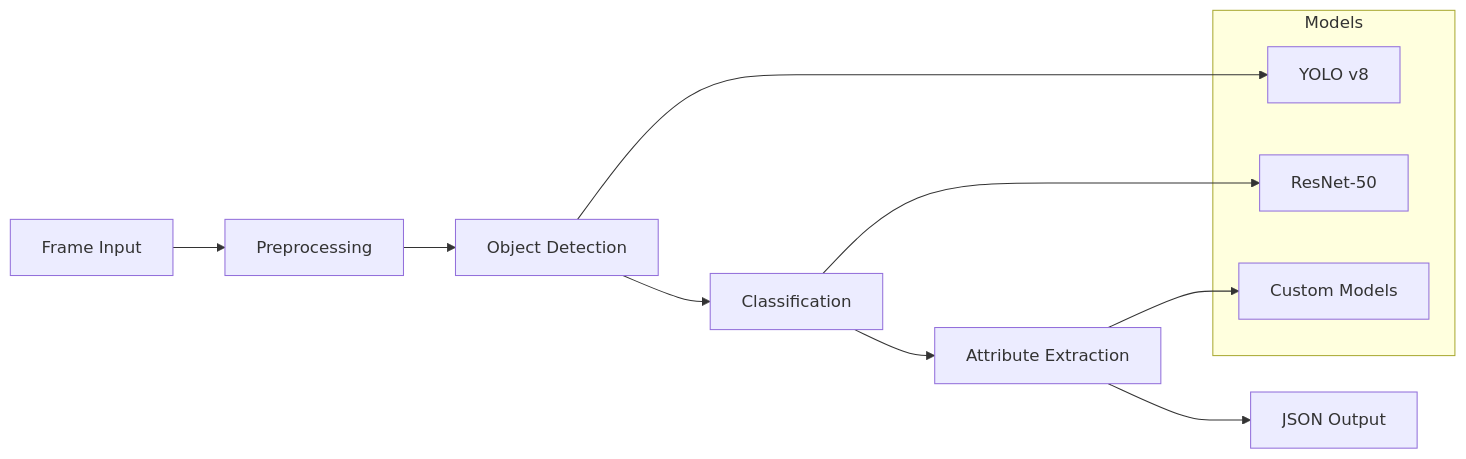
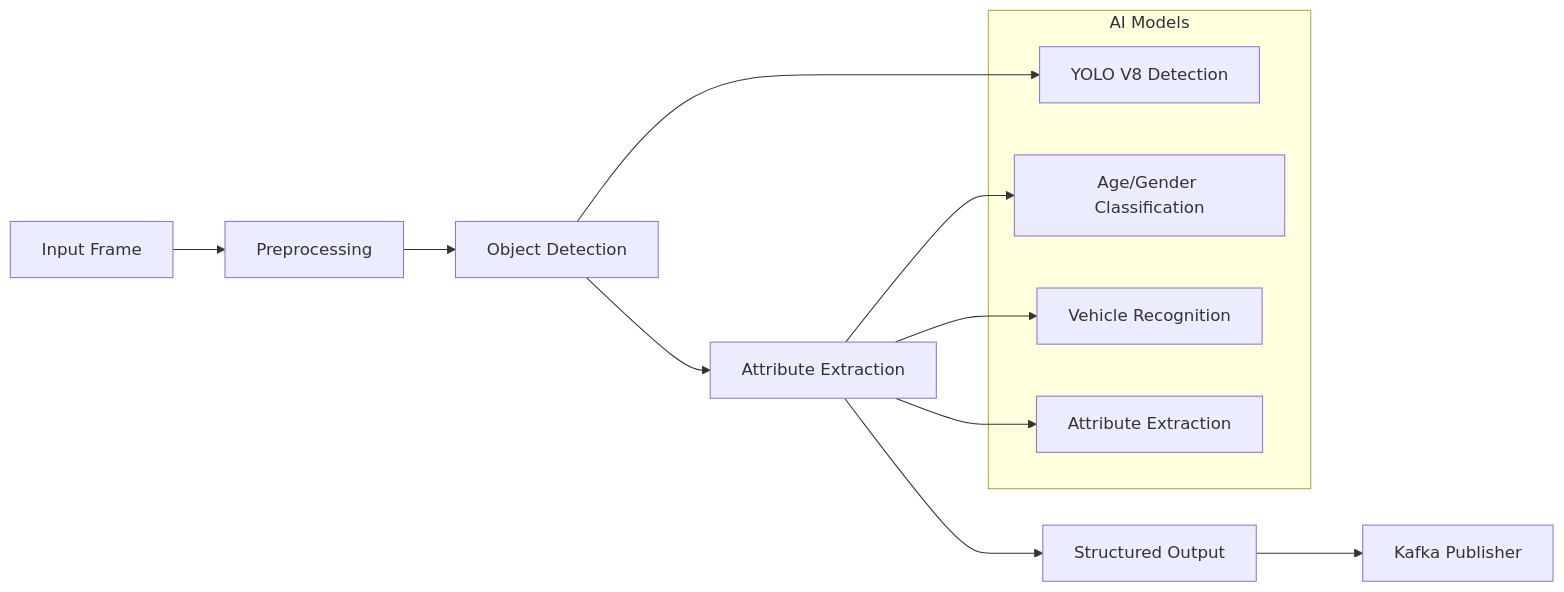
The second of 3 diagrams in source/_posts/Design-Video-Image-Structure-Analysis-Platform.md (shayne007/blog), drawn with Mermaid before and after one commit. The commit also changed other lines of this file, not shown here.

Commit message:
update structured analysis

```diff
--- a/source/_posts/Design-Video-Image-Structure-Analysis-Platform.md
+++ b/source/_posts/Design-Video-Image-Structure-Analysis-Platform.md
@@ -99,17 +131,19 @@
 {% mermaid flowchart LR %}
-    Input[Frame Input] --> Preprocess[Preprocessing]
-    Preprocess --> Detection[Object Detection]
-    Detection --> Classification[Classification]
-    Classification --> Attribution[Attribute Extraction]
-    Attribution --> Output[JSON Output]
+    A[Input Frame] --> B[Preprocessing]
+    B --> C[Object Detection]
+    C --> D[Attribute Extraction]
+    D --> E[Structured Output]
+    E --> F[Kafka Publisher]
     
-    subgraph "Models"
-        YOLO[YOLO v8]
-        ResNet[ResNet-50]
-        Custom[Custom Models]
+    subgraph "AI Models"
+        G[YOLO V8 Detection]
+        H[Age/Gender Classification]
+        I[Vehicle Recognition]
+        J[Attribute Extraction]
     end
     
-    Detection --> YOLO
-    Classification --> ResNet
-    Attribution --> Custom
+    C --> G
+    D --> H
+    D --> I
+    D --> J
 {% endmermaid %}
```
